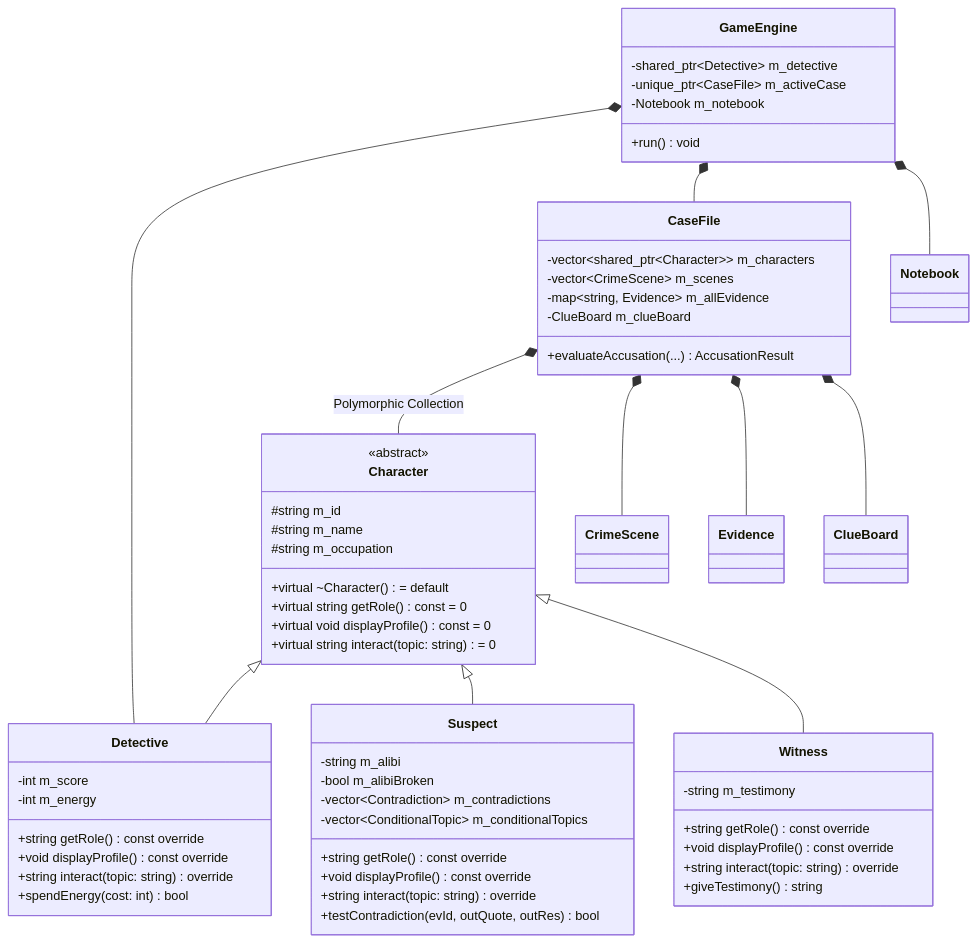
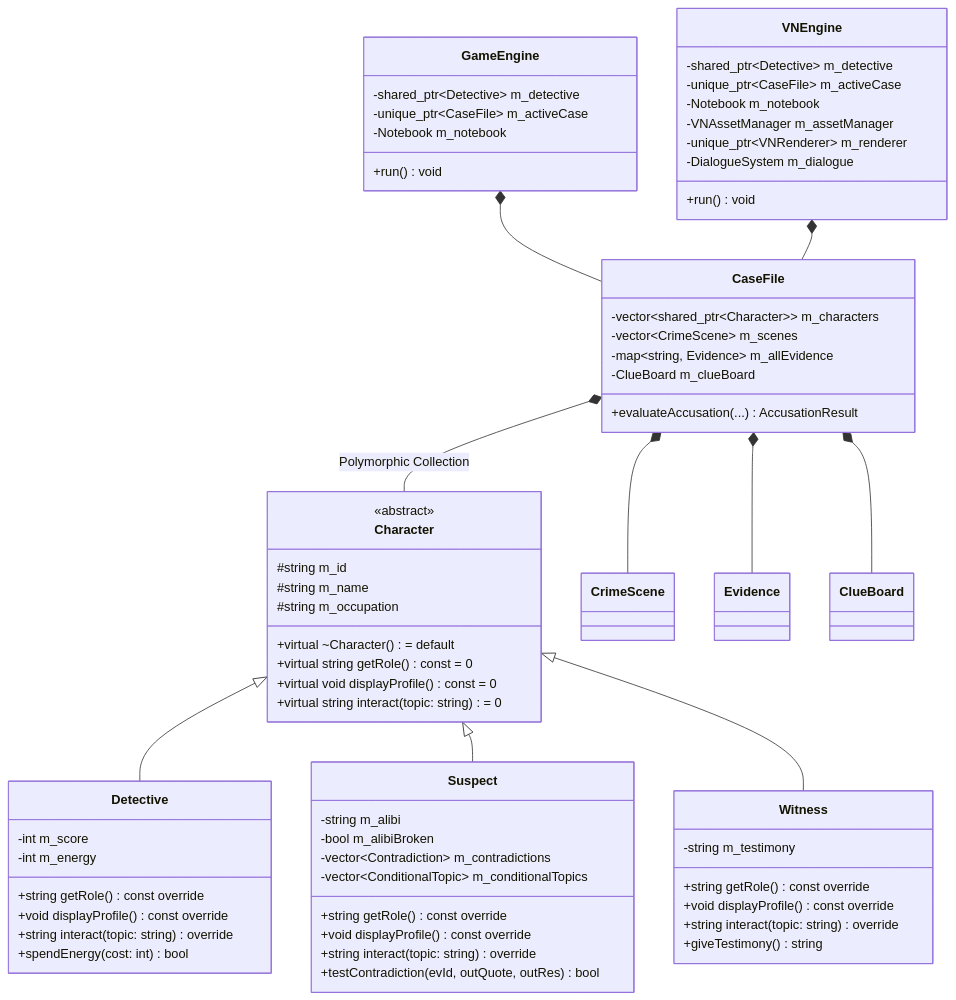
One commit to pra27-06/detective changed the diagram in README.md. Above: the diagram before and after it, drawn with Mermaid. The commit also changed other lines of this file and 68 other files, not shown here.

````diff
--- a/README.md
+++ b/README.md
@@ -131,68 +157,77 @@
 ```mermaid
 classDiagram
     class Character {
         <<abstract>>
         #string m_id
         #string m_name
         #string m_occupation
         +virtual ~Character() = default
         +virtual string getRole() const = 0
         +virtual void displayProfile() const = 0
         +virtual string interact(topic: string) = 0
     }
 
     class Detective {
         -int m_score
         -int m_energy
         +string getRole() const override
         +void displayProfile() const override
         +string interact(topic: string) override
         +spendEnergy(cost: int) bool
     }
 
     class Suspect {
         -string m_alibi
         -bool m_alibiBroken
         -vector~Contradiction~ m_contradictions
         -vector~ConditionalTopic~ m_conditionalTopics
         +string getRole() const override
         +void displayProfile() const override
         +string interact(topic: string) override
         +testContradiction(evId, outQuote, outRes) bool
     }
 
     class Witness {
         -string m_testimony
         +string getRole() const override
         +void displayProfile() const override
         +string interact(topic: string) override
         +giveTestimony() string
     }
 
     Character <|-- Detective
     Character <|-- Suspect
     Character <|-- Witness
 
     class CaseFile {
         -vector~shared_ptr~Character~~ m_characters
         -vector~CrimeScene~ m_scenes
         -map~string, Evidence~ m_allEvidence
         -ClueBoard m_clueBoard
         +evaluateAccusation(...) AccusationResult
     }
 
     class GameEngine {
         -shared_ptr~Detective~ m_detective
         -unique_ptr~CaseFile~ m_activeCase
         -Notebook m_notebook
         +run() void
     }
 
-    GameEngine *-- Detective
+    class VNEngine {
+        -shared_ptr~Detective~ m_detective
+        -unique_ptr~CaseFile~ m_activeCase
+        -Notebook m_notebook
+        -VNAssetManager m_assetManager
+        -unique_ptr~VNRenderer~ m_renderer
+        -DialogueSystem m_dialogue
+        +run() void
+    }
+
     GameEngine *-- CaseFile
-    GameEngine *-- Notebook
+    VNEngine *-- CaseFile
     CaseFile *-- Character : Polymorphic Collection
     CaseFile *-- CrimeScene
     CaseFile *-- Evidence
     CaseFile *-- ClueBoard
 ```
````
